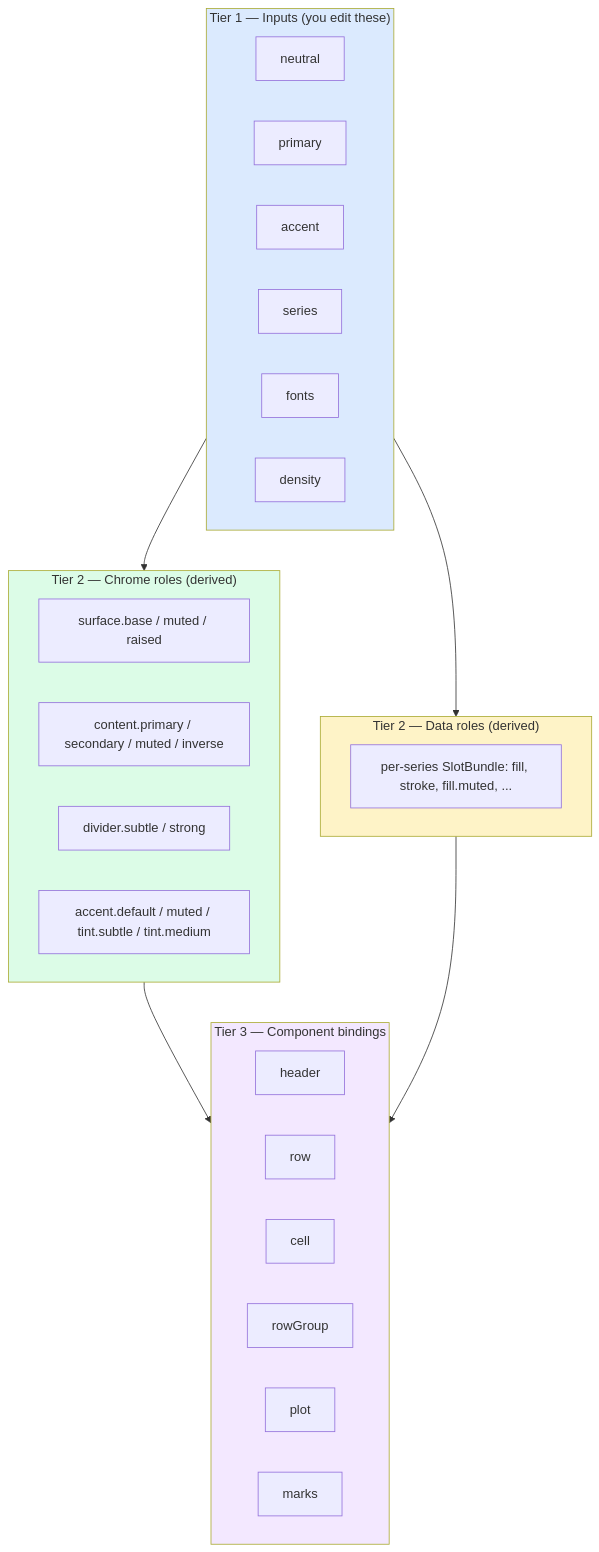
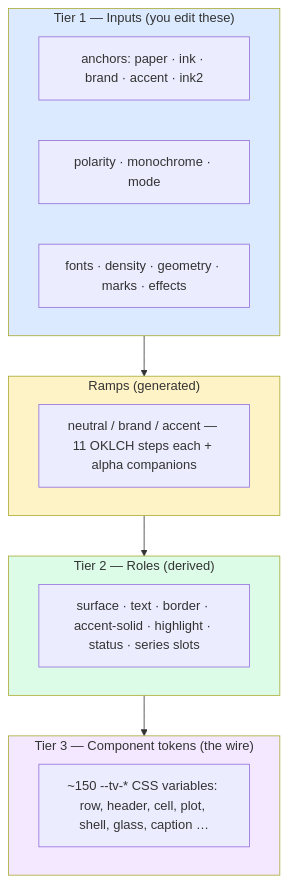
The second of 2 diagrams in docs/guide/themes.qmd (kaskarn/tabviz), drawn with Mermaid before and after one commit. The commit also changed other lines of this file and 3 other files, not shown here.

````diff
--- a/docs/guide/themes.qmd
+++ b/docs/guide/themes.qmd
@@ -266,31 +269,25 @@
 ```{mermaid}
 flowchart TB
     subgraph T1["Tier 1 — Inputs (you edit these)"]
-      neutral & primary & accent & series & fonts & density
+      anchors["anchors: paper · ink · brand · accent · ink2"] & axes["polarity · monochrome · mode"] & rest["fonts · density · geometry · marks · effects"]
     end
 
-    subgraph T2C["Tier 2 — Chrome roles (derived)"]
-      surface[surface.base / muted / raised]
-      content[content.primary / secondary / muted / inverse]
-      divider[divider.subtle / strong]
-      tints[accent.default / muted / tint.subtle / tint.medium]
+    subgraph T0["Ramps (generated)"]
+      ramps["neutral / brand / accent — 11 OKLCH steps each + alpha companions"]
     end
 
-    subgraph T2D["Tier 2 — Data roles (derived)"]
-      slots[per-series SlotBundle: fill, stroke, fill.muted, ...]
+    subgraph T2["Tier 2 — Roles (derived)"]
+      roles["surface · text · border · accent-solid · highlight · status · series slots"]
     end
 
-    subgraph T3["Tier 3 — Component bindings"]
-      header & row & cell & rowGroup & plot & marks
+    subgraph T3["Tier 3 — Component tokens (the wire)"]
+      tokens["~150 --tv-* CSS variables: row, header, cell, plot, shell, glass, caption …"]
     end
 
-    T1 --> T2C
-    T1 --> T2D
-    T2C --> T3
-    T2D --> T3
+    T1 --> T0 --> T2 --> T3
 
     style T1 fill:#dbeafe
-    style T2C fill:#dcfce7
-    style T2D fill:#fef3c7
+    style T0 fill:#fef3c7
+    style T2 fill:#dcfce7
     style T3 fill:#f3e8ff
 ```
````
